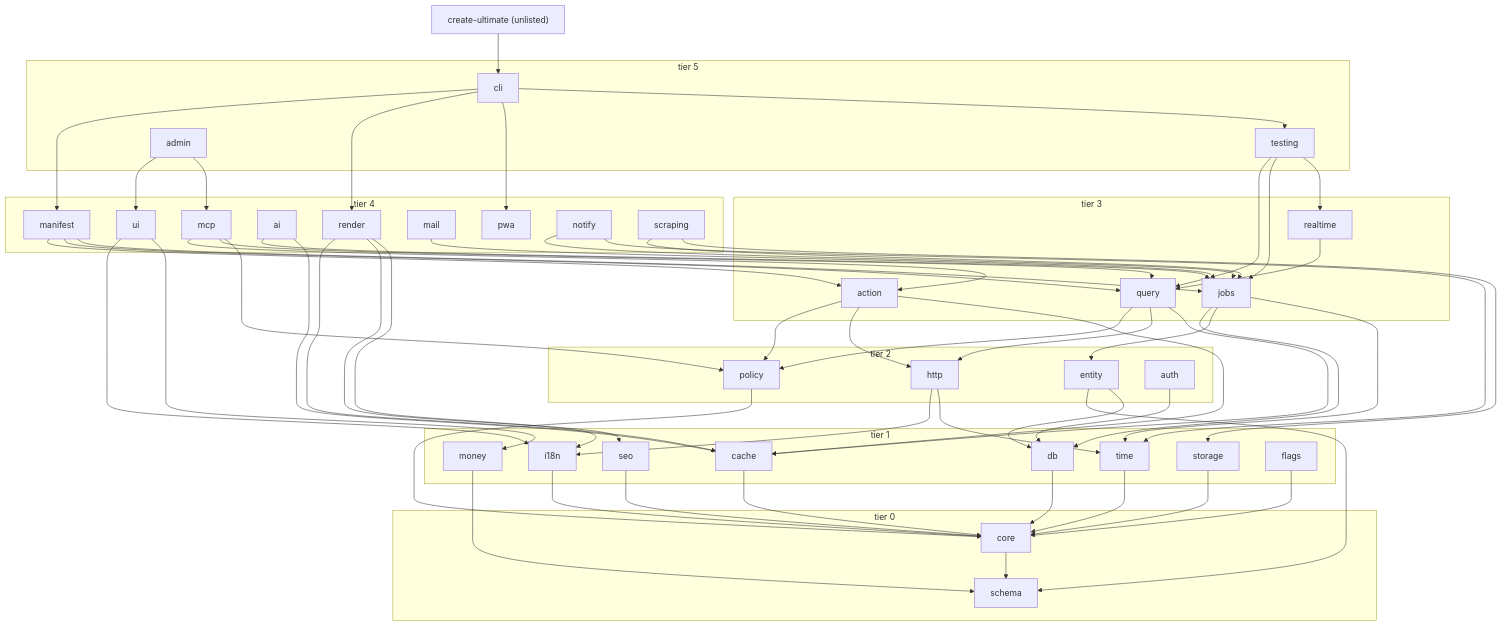
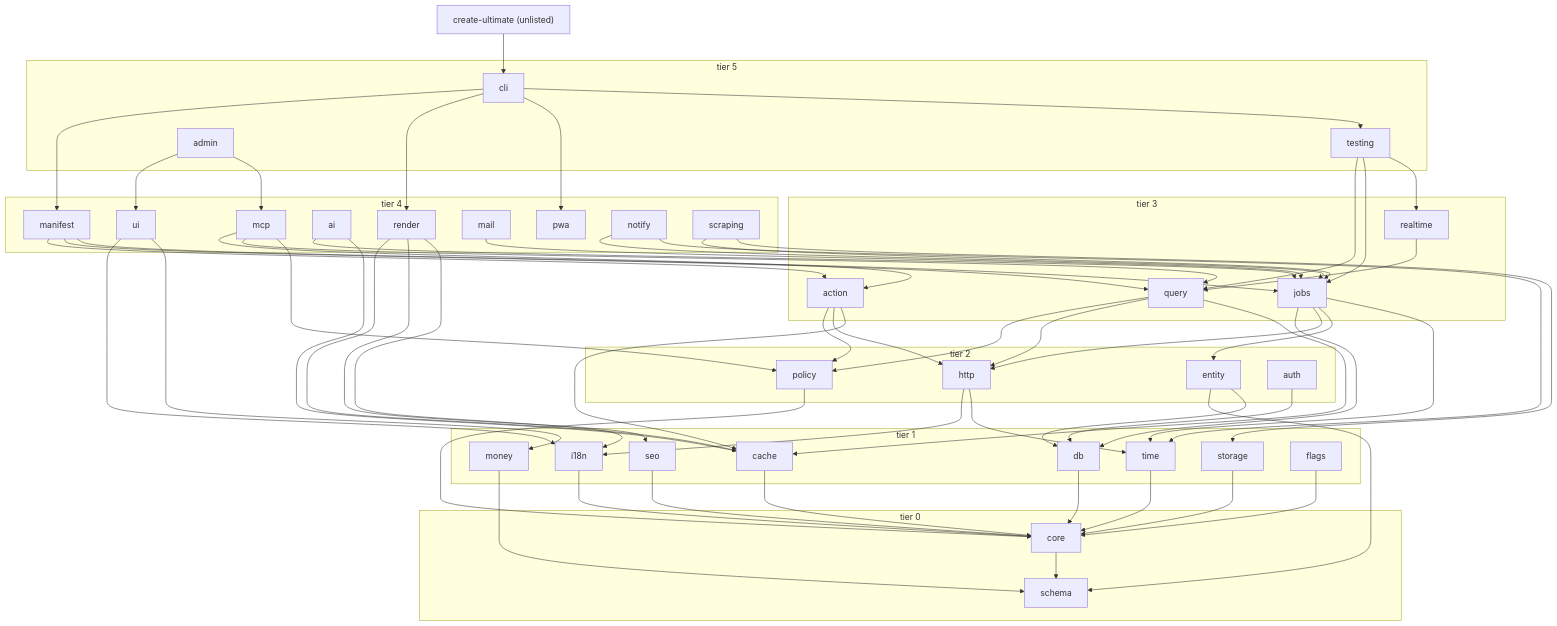
One commit to developerz-ai/ultimate changed the diagram in docs/architecture/01-package-map.md. Above: the diagram before and after it, drawn with Mermaid. The commit also changed 131 other files, not shown here.

```diff
--- a/docs/architecture/01-package-map.md
+++ b/docs/architecture/01-package-map.md
@@ -166,6 +166,7 @@
   query --> http
   query --> cache
   jobs --> db
+  jobs --> http
   jobs --> entity
   jobs --> time
   realtime --> query
```
